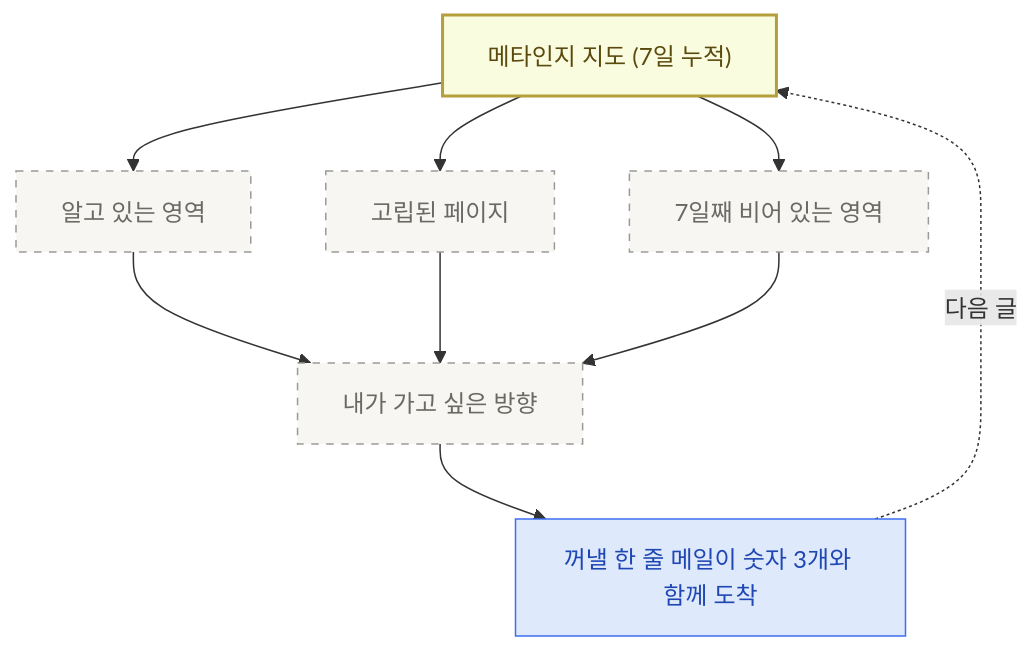
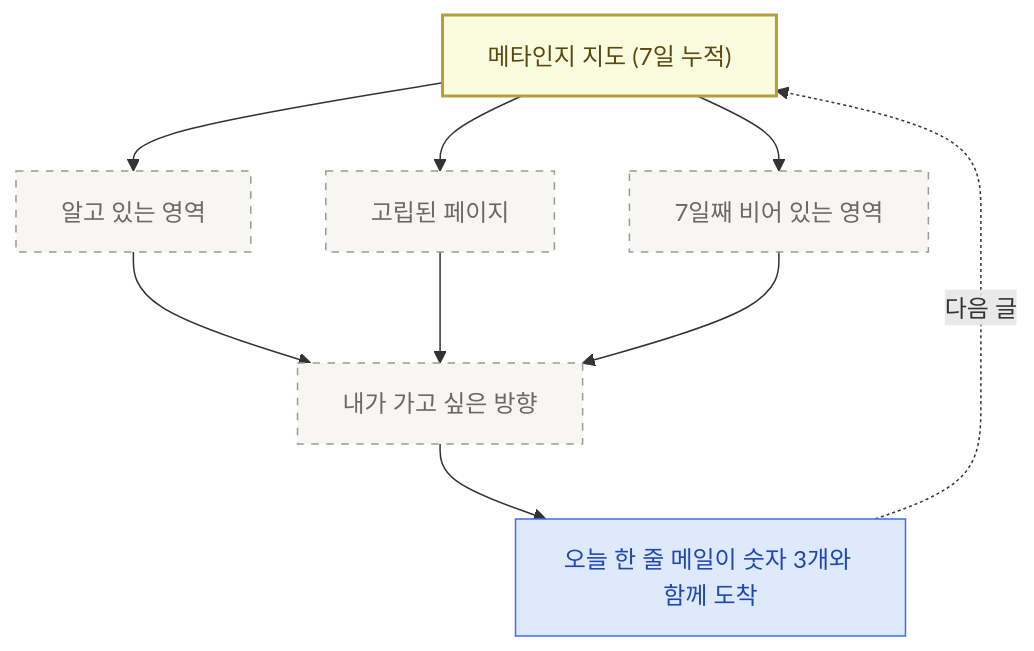
The second of 2 diagrams in content/retrieve.mdx (imakerjun/ai-learning-agent-workshop), drawn with Mermaid before and after one commit. The commit also changed other lines of this file and 5 other files, not shown here.

````diff
--- a/content/retrieve.mdx
+++ b/content/retrieve.mdx
@@ -134,25 +134,25 @@
 ```mermaid
 flowchart TD
     Map["메타인지 지도 (7일 누적)"]
     Known["알고 있는 영역"]
     Isolated["고립된 페이지"]
     Empty["7일째 비어 있는 영역"]
     Direction["내가 가고 싶은 방향"]
-    Mail["꺼낼 한 줄 메일이 숫자 3개와 함께 도착"]
+    Mail["오늘 한 줄 메일이 숫자 3개와 함께 도착"]
 
     Map --> Known
     Map --> Isolated
     Map --> Empty
     Known --> Direction
     Isolated --> Direction
     Empty --> Direction
     Direction --> Mail
     Mail -.다음 글.-> Map
 
     classDef now fill:#dee9fb,stroke:#3d6ff2,color:#1f47b3
     classDef axis fill:#fafce0,stroke:#b59f3b,stroke-width:2px,color:#5b4a0e
     classDef next fill:#f7f6f3,stroke:#9b9a97,stroke-dasharray:5,color:#6b6964
     class Mail now
     class Map axis
     class Known,Isolated,Empty,Direction next
 ```
````
